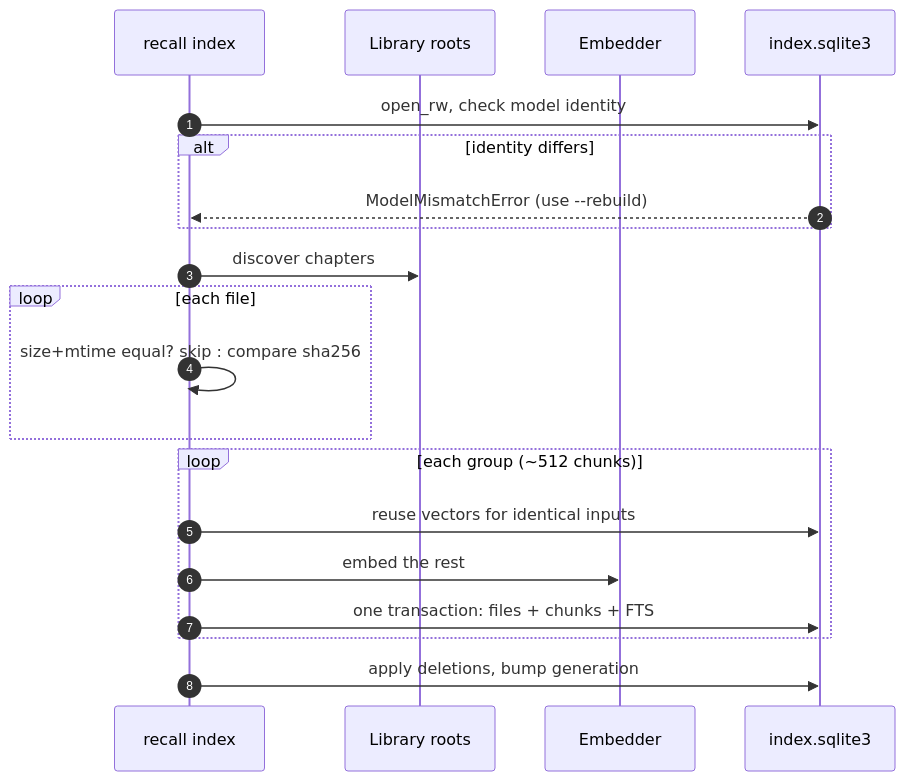
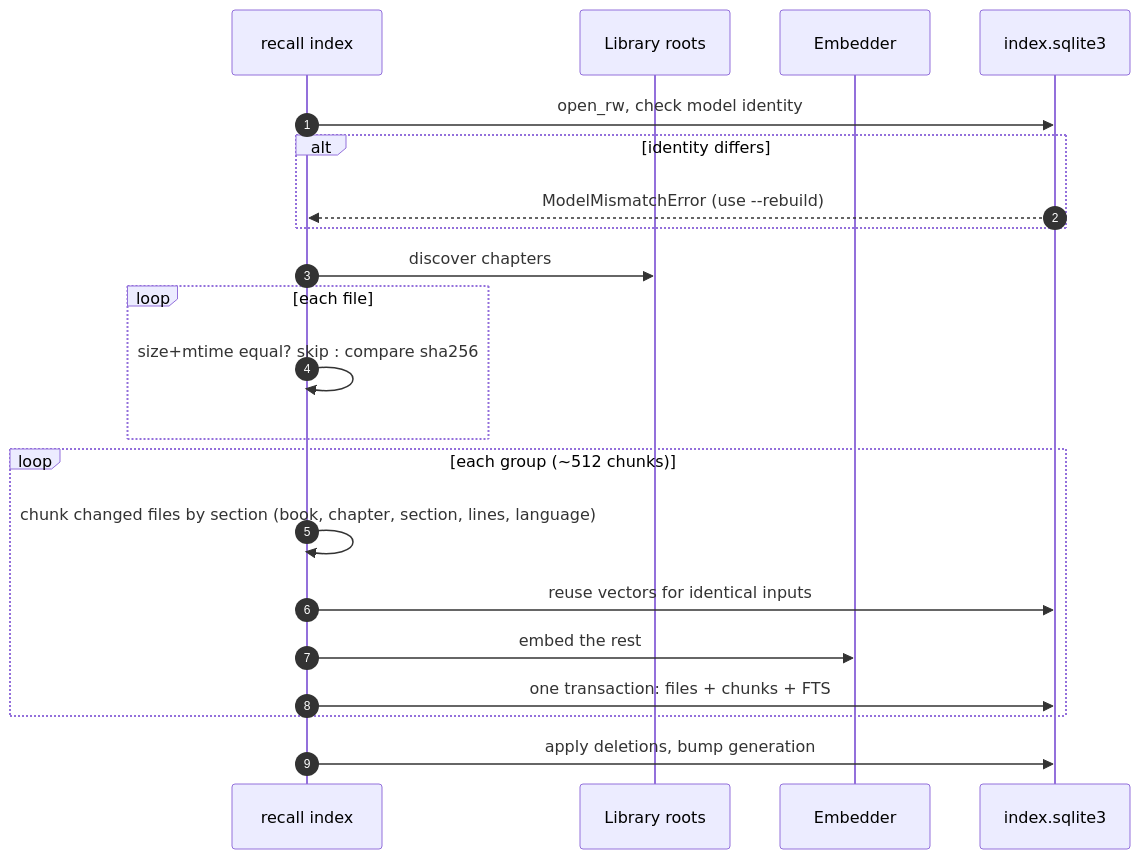
One commit to andreshma/recall changed the sixth of 7 diagrams in docs/DIAGRAMS.md. Above: the diagram before and after it, drawn with Mermaid. The commit also changed other lines of this file and 4 other files, not shown here.

Commit message:
docs: add diagrams, runbook and testing section (#17)

````diff
--- a/docs/DIAGRAMS.md
+++ b/docs/DIAGRAMS.md
@@ -111,23 +165,24 @@
 ```mermaid
 sequenceDiagram
     autonumber
     participant CLI as recall index
     participant FS as Library roots
     participant E as Embedder
     participant DB as index.sqlite3
 
     CLI->>DB: open_rw, check model identity
     alt identity differs
         DB-->>CLI: ModelMismatchError (use --rebuild)
     end
     CLI->>FS: discover chapters
     loop each file
         CLI->>CLI: size+mtime equal? skip : compare sha256
     end
     loop each group (~512 chunks)
+        CLI->>CLI: chunk changed files by section (book, chapter, section, lines, language)
         CLI->>DB: reuse vectors for identical inputs
         CLI->>E: embed the rest
         CLI->>DB: one transaction: files + chunks + FTS
     end
     CLI->>DB: apply deletions, bump generation
 ```
````
